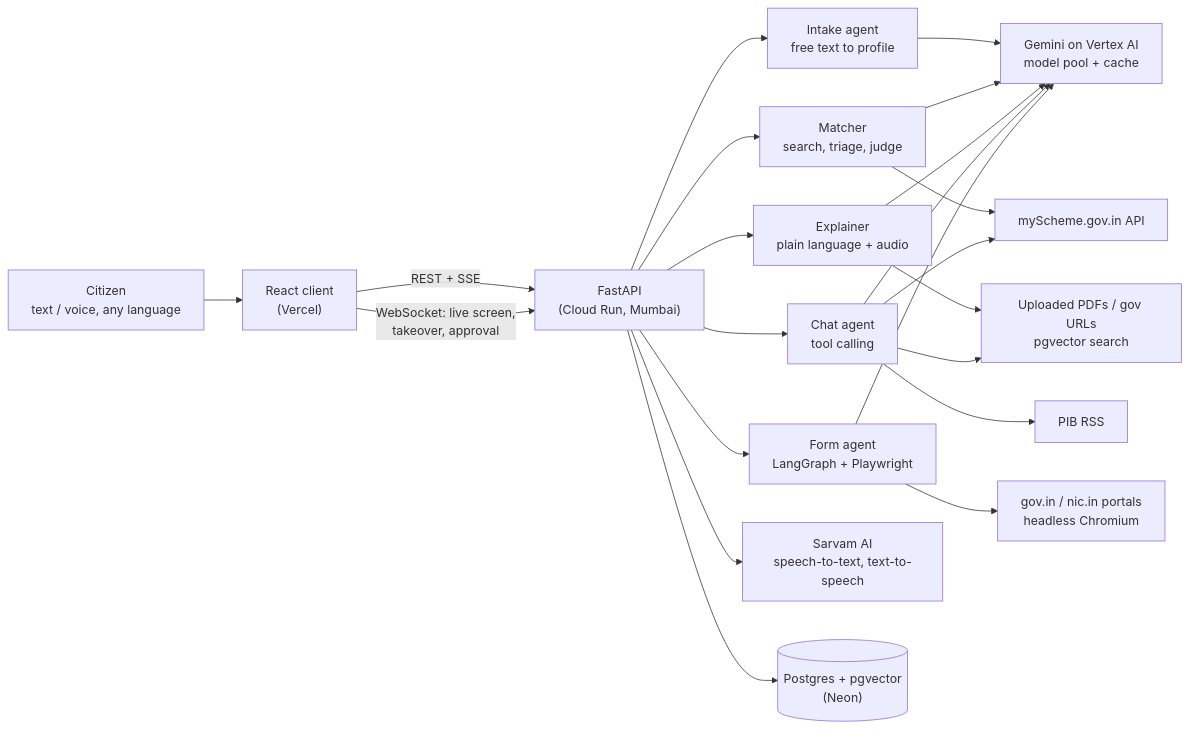
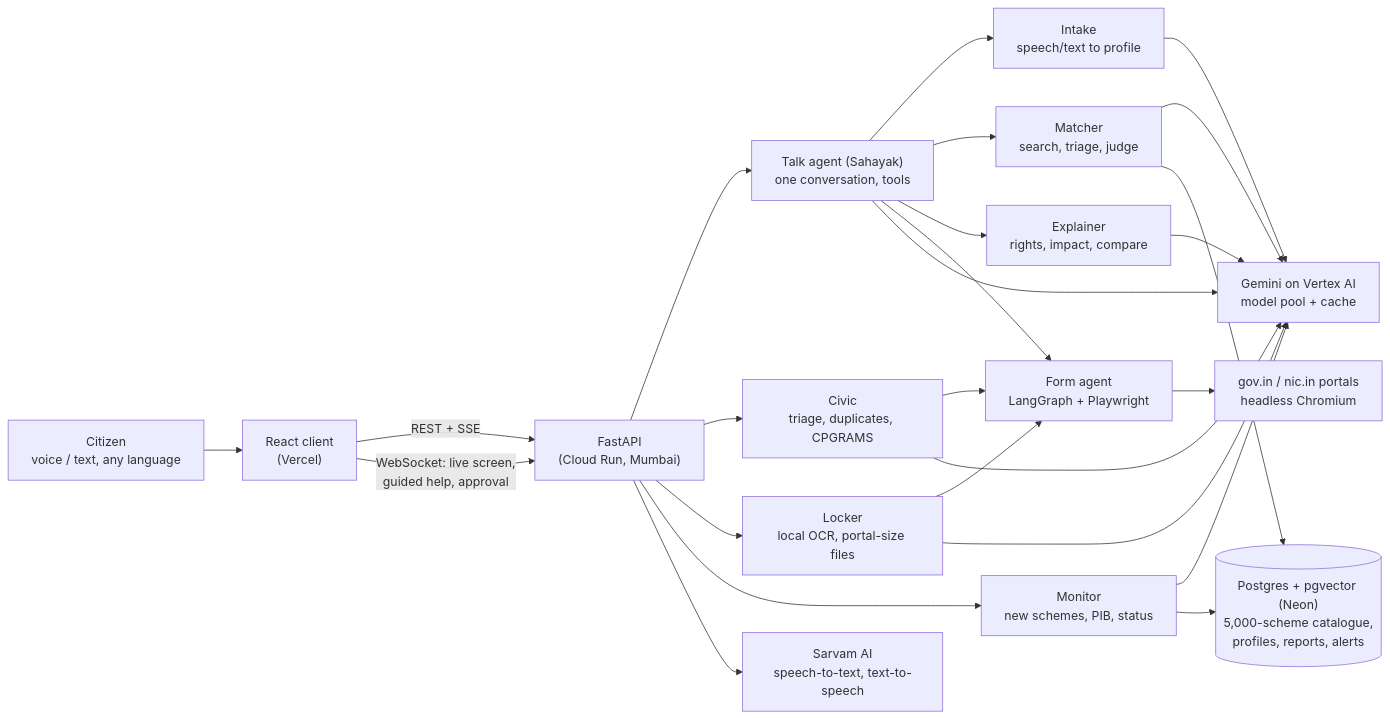
One commit to yashchoudhary14/ForgeHackathon changed the first of 2 diagrams in README.md. Above: the diagram before and after it, drawn with Mermaid. The commit also changed other lines of this file, not shown here.

````diff
--- a/README.md
+++ b/README.md
@@ -40,20 +42,22 @@
 ```mermaid
 flowchart LR
-    U["Citizen<br/>text / voice, any language"] --> C["React client<br/>(Vercel)"]
+    U["Citizen<br/>voice / text, any language"] --> C["React client<br/>(Vercel)"]
     C -- "REST + SSE" --> API["FastAPI<br/>(Cloud Run, Mumbai)"]
-    C -- "WebSocket: live screen,<br/>takeover, approval" --> API
+    C -- "WebSocket: live screen,<br/>guided help, approval" --> API
 
-    API --> I["Intake agent<br/>free text to profile"]
-    API --> M["Matcher<br/>search, triage, judge"]
-    API --> E["Explainer<br/>plain language + audio"]
-    API --> CH["Chat agent<br/>tool calling"]
-    API --> X["Form agent<br/>LangGraph + Playwright"]
+    API --> T["Talk agent (Sahayak)<br/>one conversation, tools"]
+    T --> I["Intake<br/>speech/text to profile"]
+    T --> M["Matcher<br/>search, triage, judge"]
+    T --> E["Explainer<br/>rights, impact, compare"]
+    T --> X["Form agent<br/>LangGraph + Playwright"]
+    API --> CV["Civic<br/>triage, duplicates, CPGRAMS"]
+    API --> L["Locker<br/>local OCR, portal-size files"]
+    API --> MO["Monitor<br/>new schemes, PIB, status"]
 
-    I & M & E & CH & X --> G["Gemini on Vertex AI<br/>model pool + cache"]
-    M & CH --> MS["myScheme.gov.in API"]
-    CH --> PIB["PIB RSS"]
-    E & CH --> RAG["Uploaded PDFs / gov URLs<br/>pgvector search"]
+    CV --> X
+    L --> X
+    I & M & E & CV & L & MO & T --> G["Gemini on Vertex AI<br/>model pool + cache"]
+    M & MO --> DB[("Postgres + pgvector (Neon)<br/>5,000-scheme catalogue,<br/>profiles, reports, alerts")]
     API --> SV["Sarvam AI<br/>speech-to-text, text-to-speech"]
-    API --> DB[("Postgres + pgvector<br/>(Neon)")]
     X --> P["gov.in / nic.in portals<br/>headless Chromium"]
 ```
````
